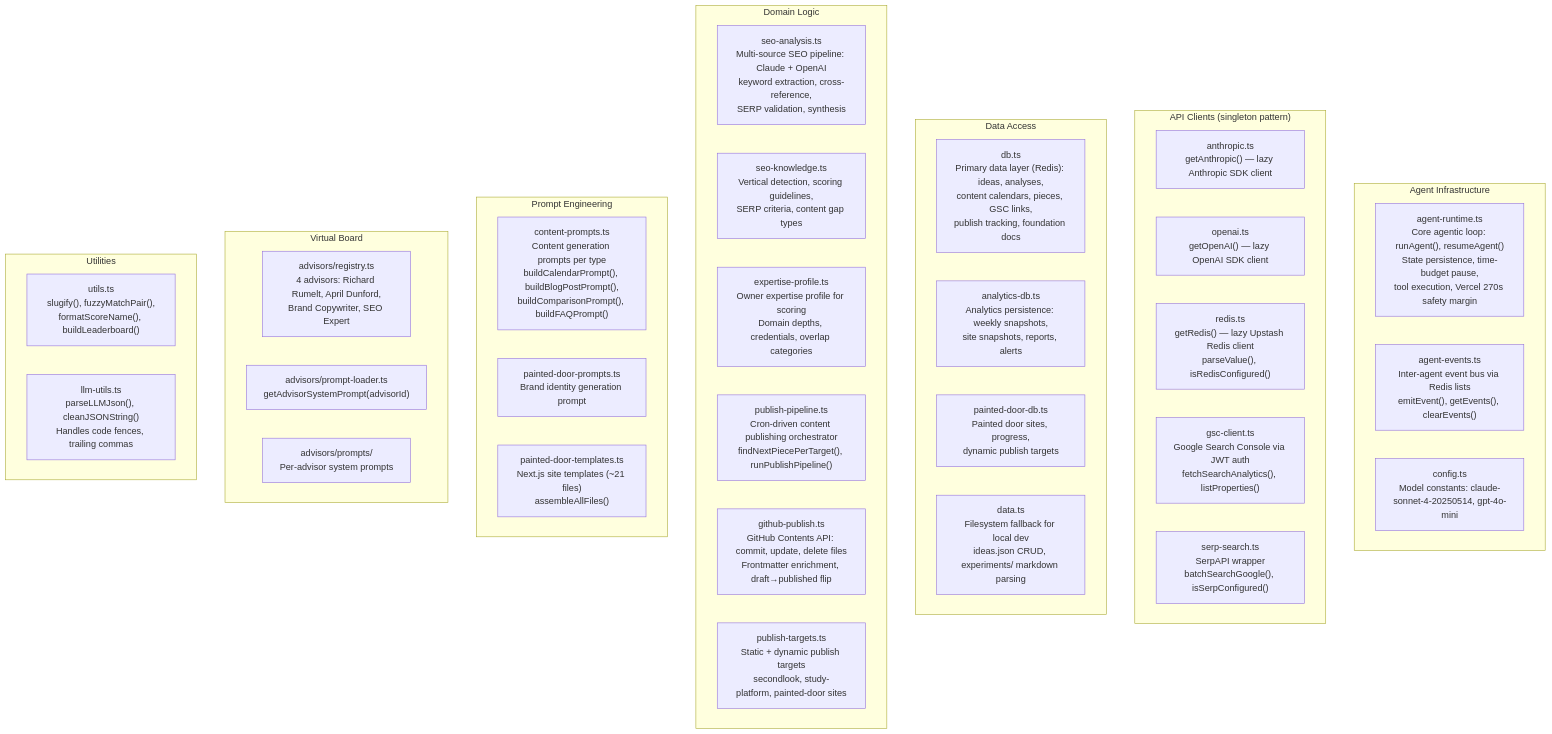
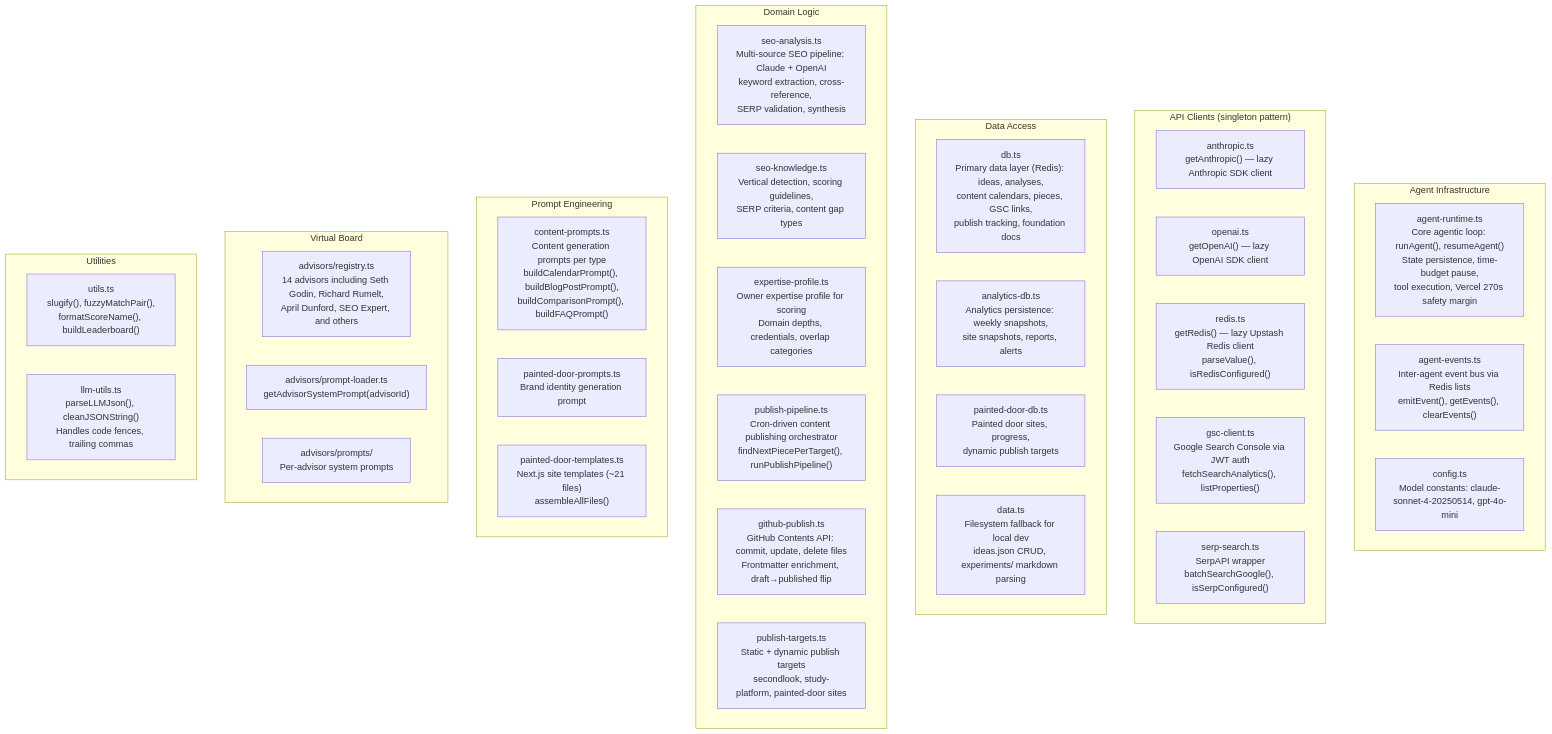
One commit to cwhogg/epch-projects changed the third of 11 diagrams in docs/architecture.md. Above: the diagram before and after it, drawn with Mermaid. The commit also changed other lines of this file, not shown here.

Commit message:
docs: update architecture for validation canvas, Seth Godin advisor, new API routes

````diff
--- a/docs/architecture.md
+++ b/docs/architecture.md
@@ -200,49 +201,49 @@
 ```mermaid
 graph TB
     subgraph Runtime["Agent Infrastructure"]
         agent_runtime["agent-runtime.ts<br/>Core agentic loop: runAgent(), resumeAgent()<br/>State persistence, time-budget pause,<br/>tool execution, Vercel 270s safety margin"]
         agent_events["agent-events.ts<br/>Inter-agent event bus via Redis lists<br/>emitEvent(), getEvents(), clearEvents()"]
         config["config.ts<br/>Model constants: claude-sonnet-4-20250514, gpt-4o-mini"]
     end
 
     subgraph Clients["API Clients (singleton pattern)"]
         anthropic["anthropic.ts<br/>getAnthropic() — lazy Anthropic SDK client"]
         openai["openai.ts<br/>getOpenAI() — lazy OpenAI SDK client"]
         redis_mod["redis.ts<br/>getRedis() — lazy Upstash Redis client<br/>parseValue(), isRedisConfigured()"]
         gsc_client["gsc-client.ts<br/>Google Search Console via JWT auth<br/>fetchSearchAnalytics(), listProperties()"]
         serp_search["serp-search.ts<br/>SerpAPI wrapper<br/>batchSearchGoogle(), isSerpConfigured()"]
     end
 
     subgraph Persistence["Data Access"]
         db["db.ts<br/>Primary data layer (Redis): ideas, analyses,<br/>content calendars, pieces, GSC links,<br/>publish tracking, foundation docs"]
         analytics_db["analytics-db.ts<br/>Analytics persistence: weekly snapshots,<br/>site snapshots, reports, alerts"]
         painted_door_db["painted-door-db.ts<br/>Painted door sites, progress,<br/>dynamic publish targets"]
         data["data.ts<br/>Filesystem fallback for local dev<br/>ideas.json CRUD, experiments/ markdown parsing"]
     end
 
     subgraph DomainLogic["Domain Logic"]
         seo_analysis["seo-analysis.ts<br/>Multi-source SEO pipeline: Claude + OpenAI<br/>keyword extraction, cross-reference,<br/>SERP validation, synthesis"]
         seo_knowledge["seo-knowledge.ts<br/>Vertical detection, scoring guidelines,<br/>SERP criteria, content gap types"]
         expertise_profile["expertise-profile.ts<br/>Owner expertise profile for scoring<br/>Domain depths, credentials, overlap categories"]
         publish_pipeline["publish-pipeline.ts<br/>Cron-driven content publishing orchestrator<br/>findNextPiecePerTarget(), runPublishPipeline()"]
         github_publish["github-publish.ts<br/>GitHub Contents API: commit, update, delete files<br/>Frontmatter enrichment, draft→published flip"]
         publish_targets["publish-targets.ts<br/>Static + dynamic publish targets<br/>secondlook, study-platform, painted-door sites"]
     end
 
     subgraph Prompts["Prompt Engineering"]
         content_prompts["content-prompts.ts<br/>Content generation prompts per type<br/>buildCalendarPrompt(), buildBlogPostPrompt(),<br/>buildComparisonPrompt(), buildFAQPrompt()"]
         painted_door_prompts["painted-door-prompts.ts<br/>Brand identity generation prompt"]
         painted_door_templates["painted-door-templates.ts<br/>Next.js site templates (~21 files)<br/>assembleAllFiles()"]
     end
 
     subgraph Advisors["Virtual Board"]
-        advisors_registry["advisors/registry.ts<br/>4 advisors: Richard Rumelt, April Dunford,<br/>Brand Copywriter, SEO Expert"]
+        advisors_registry["advisors/registry.ts<br/>14 advisors including Seth Godin, Richard Rumelt,<br/>April Dunford, SEO Expert, and others"]
         advisors_loader["advisors/prompt-loader.ts<br/>getAdvisorSystemPrompt(advisorId)"]
         advisors_prompts["advisors/prompts/<br/>Per-advisor system prompts"]
     end
 
     subgraph Utilities["Utilities"]
         utils["utils.ts<br/>slugify(), fuzzyMatchPair(),<br/>formatScoreName(), buildLeaderboard()"]
         llm_utils["llm-utils.ts<br/>parseLLMJson(), cleanJSONString()<br/>Handles code fences, trailing commas"]
     end
 ```
````
